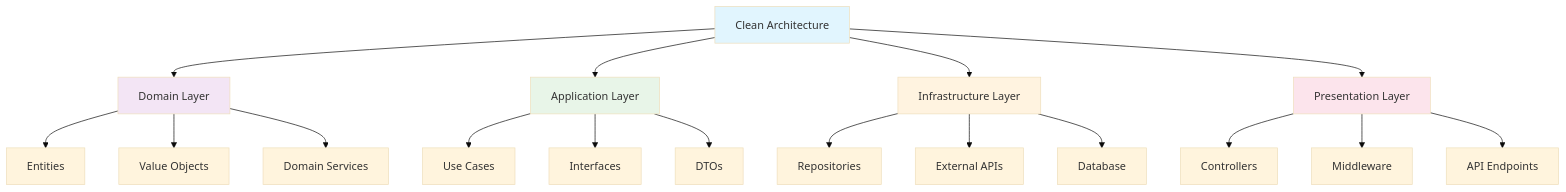
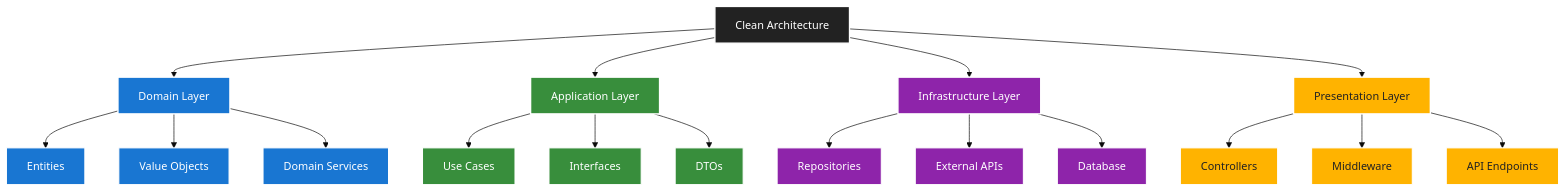
One commit to fpindej/fpindej changed the fourth of 6 diagrams in README.md. Above: the diagram before and after it, drawn with Mermaid (base theme). The commit also changed other lines of this file, not shown here.

````diff
--- a/README.md
+++ b/README.md
@@ -167,29 +201,41 @@
 ```mermaid
 graph TD
     A[Clean Architecture] --> B[Domain Layer]
     A --> C[Application Layer]
     A --> D[Infrastructure Layer]
     A --> E[Presentation Layer]
     
     B --> F[Entities]
     B --> G[Value Objects]
     B --> H[Domain Services]
     
     C --> I[Use Cases]
     C --> J[Interfaces]
     C --> K[DTOs]
     
     D --> L[Repositories]
     D --> M[External APIs]
     D --> N[Database]
     
     E --> O[Controllers]
     E --> P[Middleware]
     E --> Q[API Endpoints]
     
-    style A fill:#e1f5fe
-    style B fill:#f3e5f5
-    style C fill:#e8f5e8
-    style D fill:#fff3e0
-    style E fill:#fce4ec
+    style A fill:#222,stroke:#fff,stroke-width:2px,color:#fff
+    style B fill:#1976d2,stroke:#fff,stroke-width:2px,color:#fff
+    style C fill:#388e3c,stroke:#fff,stroke-width:2px,color:#fff
+    style D fill:#8e24aa,stroke:#fff,stroke-width:2px,color:#fff
+    style E fill:#ffb300,stroke:#fff,stroke-width:2px,color:#222
+    style F fill:#1976d2,stroke:#fff,stroke-width:1.5px,color:#fff
+    style G fill:#1976d2,stroke:#fff,stroke-width:1.5px,color:#fff
+    style H fill:#1976d2,stroke:#fff,stroke-width:1.5px,color:#fff
+    style I fill:#388e3c,stroke:#fff,stroke-width:1.5px,color:#fff
+    style J fill:#388e3c,stroke:#fff,stroke-width:1.5px,color:#fff
+    style K fill:#388e3c,stroke:#fff,stroke-width:1.5px,color:#fff
+    style L fill:#8e24aa,stroke:#fff,stroke-width:1.5px,color:#fff
+    style M fill:#8e24aa,stroke:#fff,stroke-width:1.5px,color:#fff
+    style N fill:#8e24aa,stroke:#fff,stroke-width:1.5px,color:#fff
+    style O fill:#ffb300,stroke:#fff,stroke-width:1.5px,color:#222
+    style P fill:#ffb300,stroke:#fff,stroke-width:1.5px,color:#222
+    style Q fill:#ffb300,stroke:#fff,stroke-width:1.5px,color:#222
 ```
````
